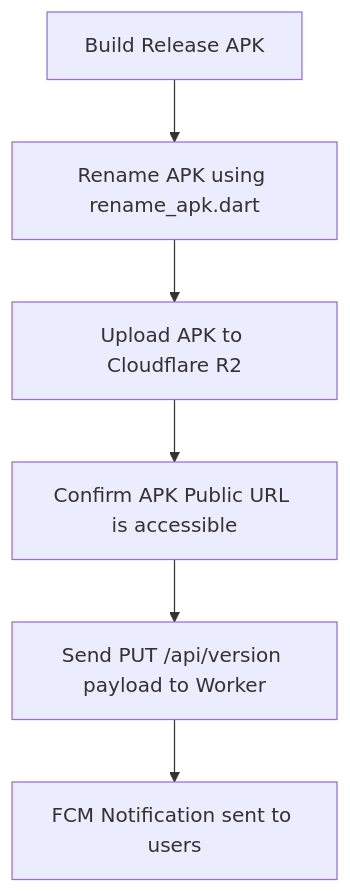
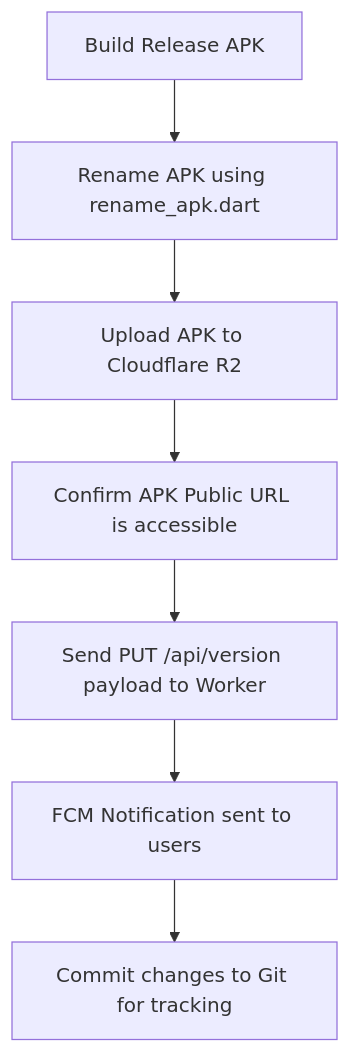
Before and after one commit to zannyke/Zanny-collection-app: the diagram in build_and_update_guidelines.md, drawn with Mermaid. The commit also changed other lines of this file and 30 other files, not shown here.

Commit message:
feat: release version 1.0.33 build 52 with default light mode, 6-digit forgot password flow, custom avatar upload, and banner video support

````diff
--- a/build_and_update_guidelines.md
+++ b/build_and_update_guidelines.md
@@ -63,8 +63,9 @@
 ```mermaid
 graph TD
     A[Build Release APK] --> B[Rename APK using rename_apk.dart]
     B --> C[Upload APK to Cloudflare R2]
     C --> D[Confirm APK Public URL is accessible]
     D --> E[Send PUT /api/version payload to Worker]
     E --> F[FCM Notification sent to users]
+    F --> G[Commit changes to Git for tracking]
 ```
````
